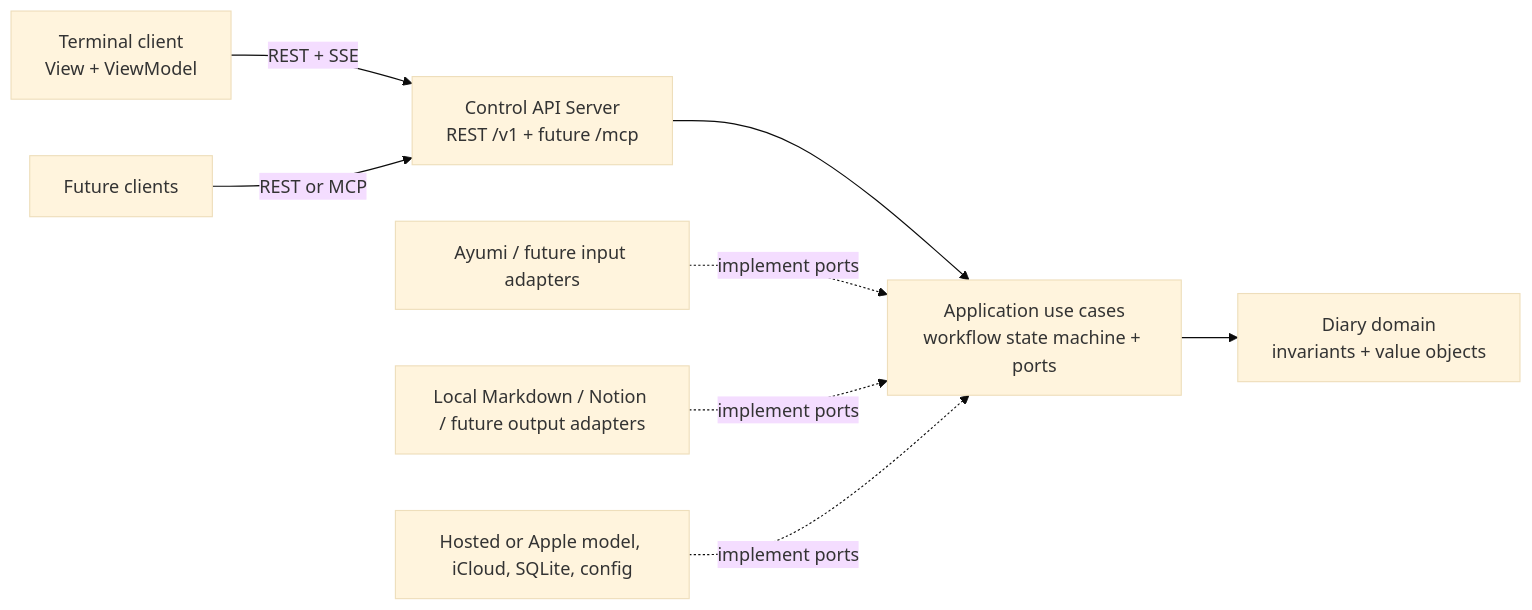
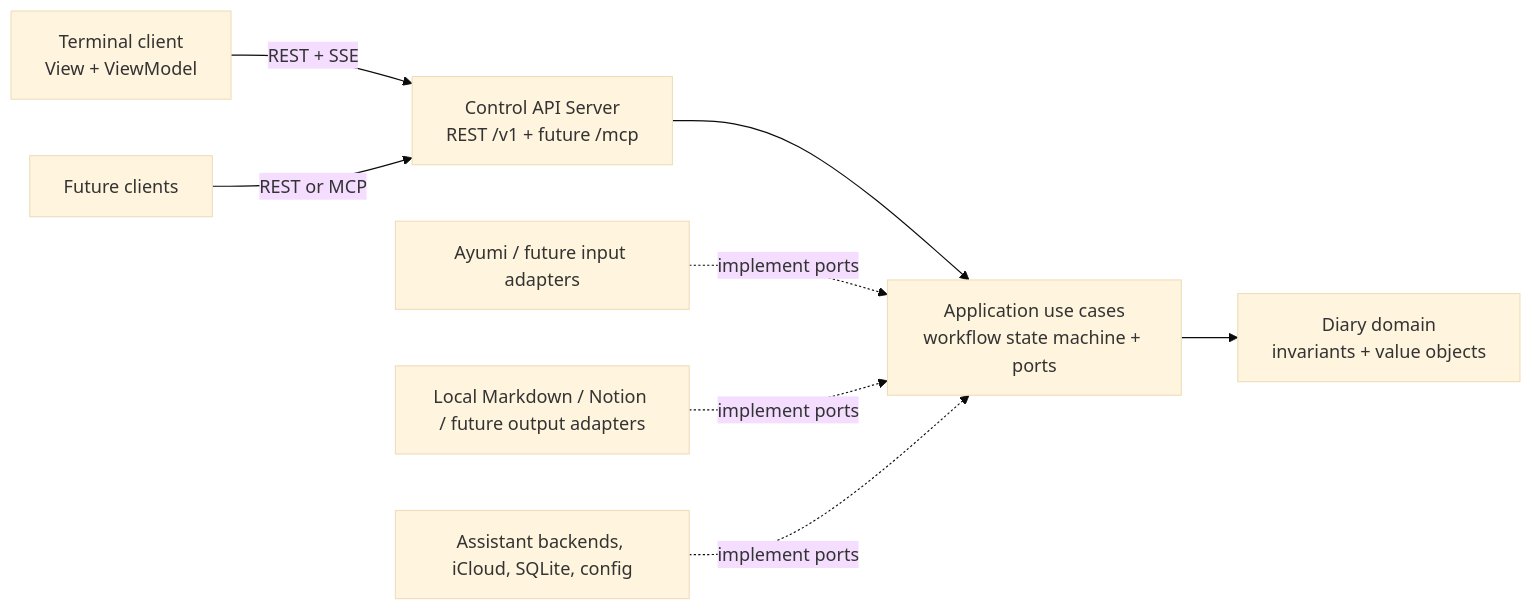
One commit to pastry-personal5/narihitos-diary changed the diagram in docs/planned-mvp-architecture.md. Above: the diagram before and after it, drawn with Mermaid (base theme). The commit also changed other lines of this file and 14 other files, not shown here.

````diff
--- a/docs/planned-mvp-architecture.md
+++ b/docs/planned-mvp-architecture.md
@@ -32,10 +32,10 @@
 ```mermaid
 flowchart LR
     TUI[Terminal client\nView + ViewModel] -->|REST + SSE| API[Control API Server\nREST /v1 + future /mcp]
     Other[Future clients] -->|REST or MCP| API
     API --> UC[Application use cases\nworkflow state machine + ports]
     UC --> D[Diary domain\ninvariants + value objects]
     Inputs[Ayumi / future input adapters] -. implement ports .-> UC
     Outputs[Local Markdown / Notion / future output adapters] -. implement ports .-> UC
-    Platform[Hosted or Apple model, iCloud, SQLite, config] -. implement ports .-> UC
+    Platform[Assistant backends, iCloud, SQLite, config] -. implement ports .-> UC
 ```
````
